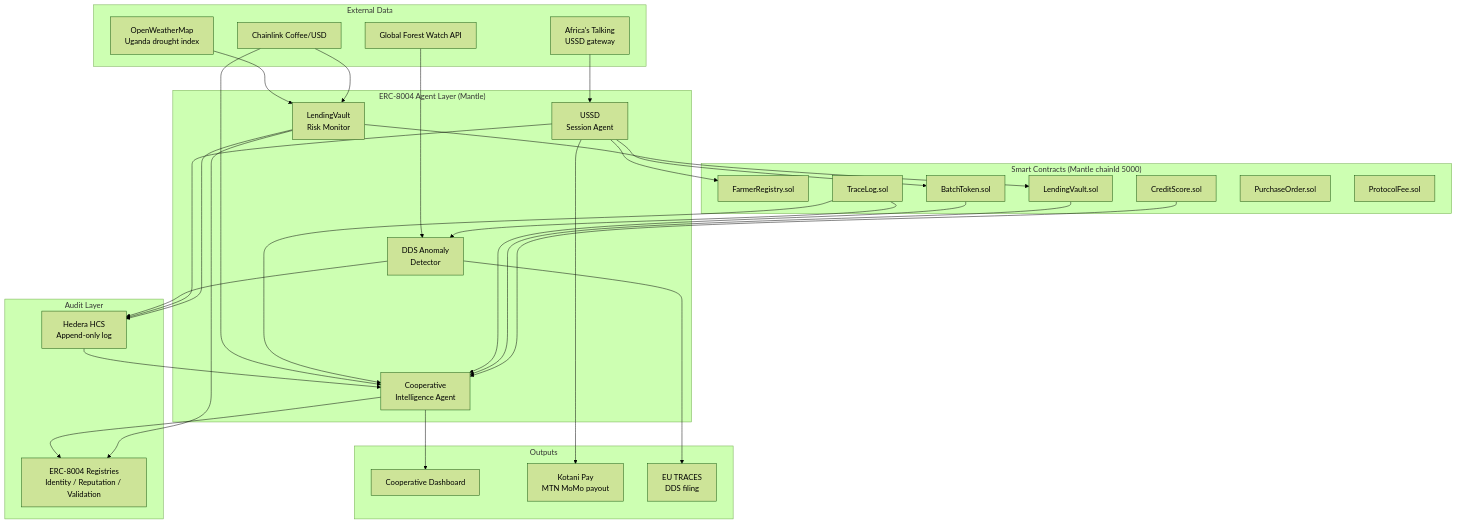
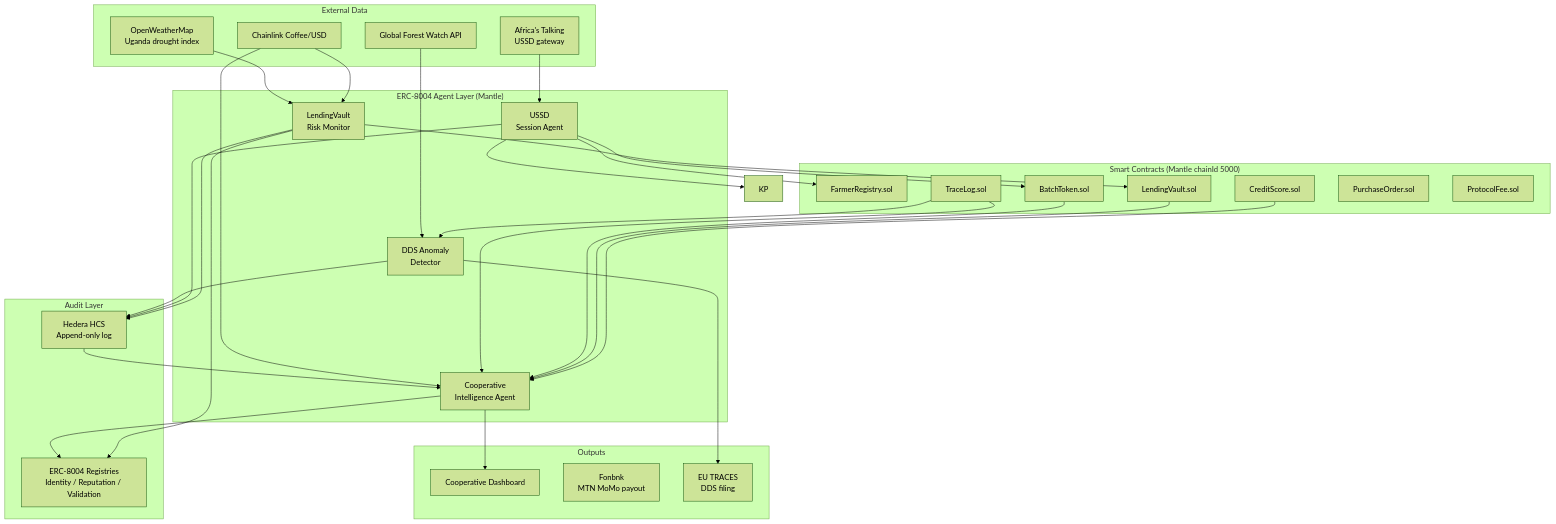
One commit to AsiliChain/docs changed the diagram in src/content/docs/developer/ai-agents/architecture.mdx. Above: the diagram before and after it, drawn with Mermaid (forest theme). The commit also changed 35 other files, not shown here.

First line of the commit message:
docs(integrations): migrate docs from Kotani Pay to Fonbnk payment provider

````diff
--- a/src/content/docs/developer/ai-agents/architecture.mdx
+++ b/src/content/docs/developer/ai-agents/architecture.mdx
@@ -9,63 +9,63 @@
 ```mermaid
 graph TD
     subgraph EXTERNAL["External Data"]
         CL["Chainlink Coffee/USD"]
         GFW["Global Forest Watch API"]
         WX["OpenWeatherMap\nUganda drought index"]
         AT["Africa's Talking\nUSSD gateway"]
     end
 
     subgraph AGENTS["ERC-8004 Agent Layer (Mantle)"]
         RM["LendingVault\nRisk Monitor"]
         USSD["USSD\nSession Agent"]
         DDS["DDS Anomaly\nDetector"]
         CI["Cooperative\nIntelligence Agent"]
     end
 
     subgraph CONTRACTS["Smart Contracts (Mantle chainId 5000)"]
         FR["FarmerRegistry.sol"]
         BT["BatchToken.sol"]
         TL["TraceLog.sol"]
         LV["LendingVault.sol"]
         CS["CreditScore.sol"]
         PO["PurchaseOrder.sol"]
         PF["ProtocolFee.sol"]
     end
 
     subgraph AUDIT["Audit Layer"]
         HCS["Hedera HCS\nAppend-only log"]
         ERC["ERC-8004 Registries\nIdentity / Reputation / Validation"]
     end
 
     subgraph OUTPUT["Outputs"]
         DASH["Cooperative Dashboard"]
-        KP["Kotani Pay\nMTN MoMo payout"]
+        FB["Fonbnk\nMTN MoMo payout"]
         TRACES["EU TRACES\nDDS filing"]
     end
 
     CL --> RM
     WX --> RM
     RM --> LV
     RM --> HCS
     RM --> ERC
 
     AT --> USSD
     USSD --> FR
     USSD --> BT
     USSD --> KP
     USSD --> HCS
 
     TL --> DDS
     GFW --> DDS
     DDS --> TRACES
     DDS --> HCS
 
     CS --> CI
     LV --> CI
     BT --> CI
     TL --> CI
     HCS --> CI
     CL --> CI
     CI --> DASH
     CI --> ERC
 ```
````
